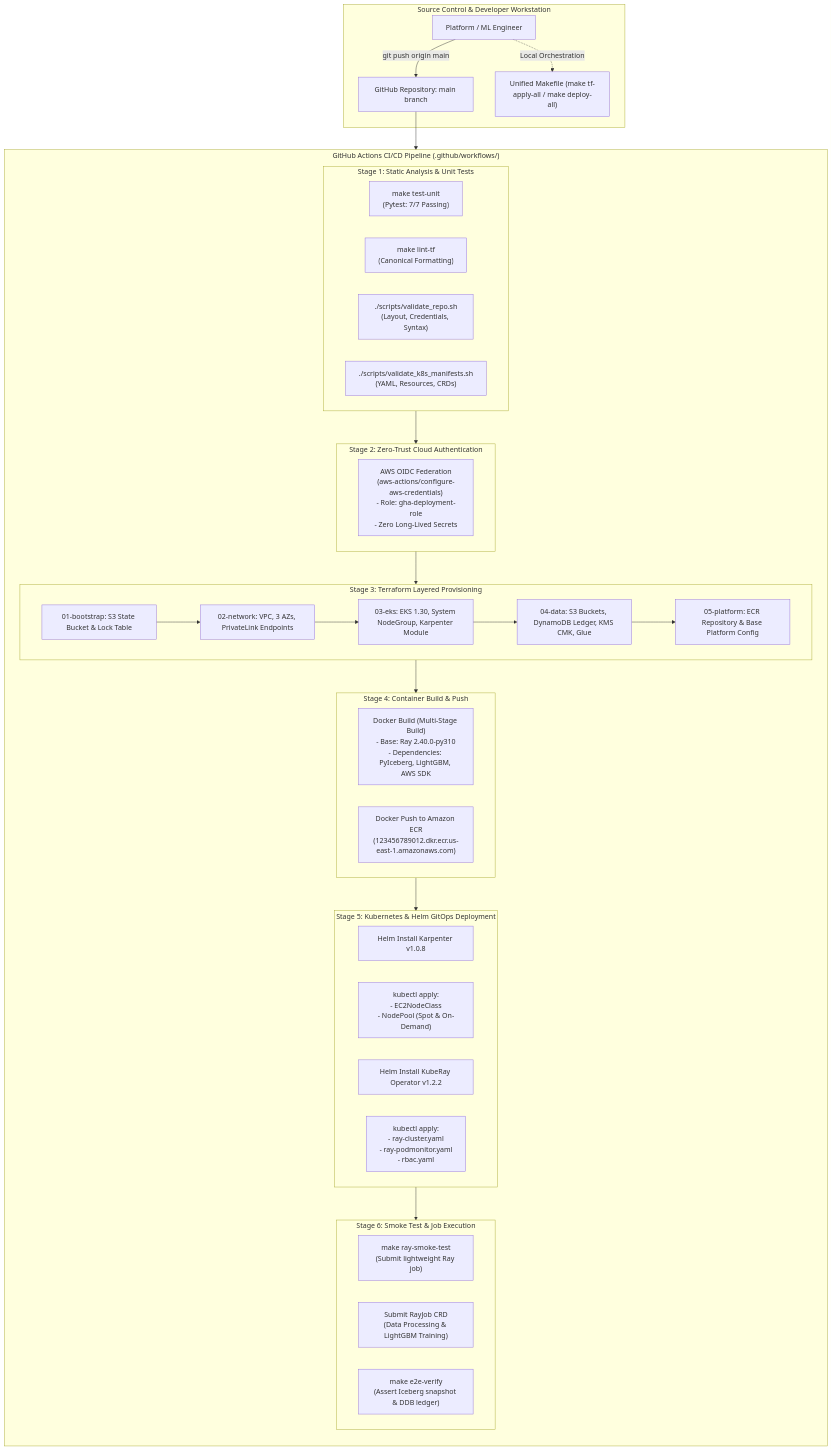
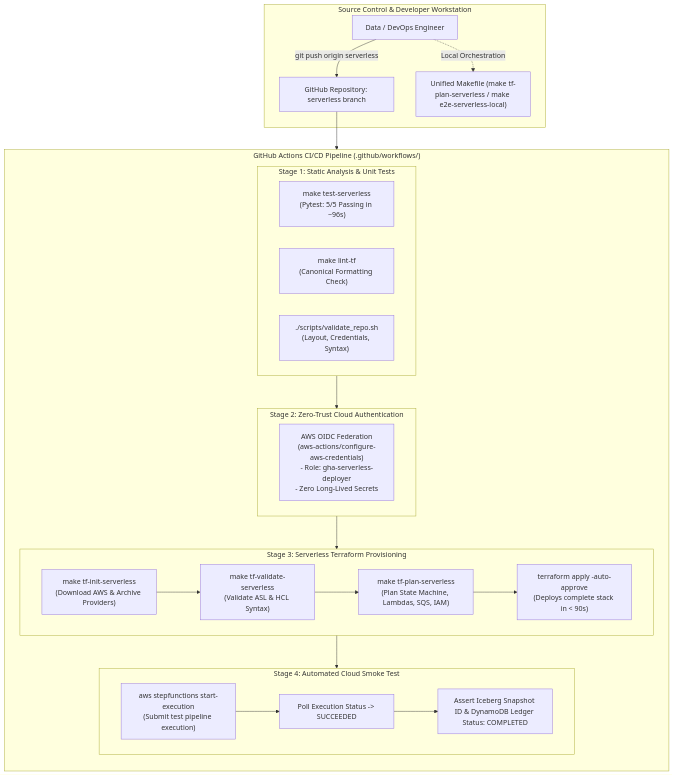
Before and after one commit to jashkv/ray-platform: the diagram in ray-ai-platform/docs/mermaid/10-cicd-deployment.md, drawn with Mermaid. The commit also changed other lines of this file and 34 other files, not shown here.

Commit message:
docs(serverless): completely align all documentation, diagrams, runbooks, and test configs with the AWS Serverless Platform architecture

````diff
--- a/ray-ai-platform/docs/mermaid/10-cicd-deployment.md
+++ b/ray-ai-platform/docs/mermaid/10-cicd-deployment.md
@@ -9,61 +9,45 @@
 ```mermaid
 flowchart TD
-    %% CI/CD, GitOps & Infrastructure Lifecycle
-    subgraph Source_Control["Source Control & Developer Workstation"]
-        DEV["Platform / ML Engineer"]
-        GIT_REPO["GitHub Repository: main branch"]
-        MAKEFILE["Unified Makefile (make tf-apply-all / make deploy-all)"]
+    %% Serverless CI/CD Pipeline & GitOps Deployment Lifecycle
+    subgraph SourceControl["Source Control & Developer Workstation"]
+        DEV["Data / DevOps Engineer"]
+        GIT_REPO["GitHub Repository: serverless branch"]
+        MAKEFILE["Unified Makefile (make tf-plan-serverless / make e2e-serverless-local)"]
     end
 
     subgraph GHA_Workflow["GitHub Actions CI/CD Pipeline (.github/workflows/)"]
         direction TB
 
         subgraph Stage_Lint["Stage 1: Static Analysis & Unit Tests"]
-            TEST_UNIT["make test-unit\n(Pytest: 7/7 Passing)"]
-            TF_LINT["make lint-tf\n(Canonical Formatting)"]
+            TEST_UNIT["make test-serverless\n(Pytest: 5/5 Passing in ~96s)"]
+            TF_LINT["make lint-tf\n(Canonical Formatting Check)"]
             REPO_VAL["./scripts/validate_repo.sh\n(Layout, Credentials, Syntax)"]
-            K8S_VAL["./scripts/validate_k8s_manifests.sh\n(YAML, Resources, CRDs)"]
         end
 
         subgraph Stage_Auth["Stage 2: Zero-Trust Cloud Authentication"]
-            GHA_STS["AWS OIDC Federation\n(aws-actions/configure-aws-credentials)\n- Role: gha-deployment-role\n- Zero Long-Lived Secrets"]
+            GHA_STS["AWS OIDC Federation\n(aws-actions/configure-aws-credentials)\n- Role: gha-serverless-deployer\n- Zero Long-Lived Secrets"]
         end
 
-        subgraph Stage_Terraform["Stage 3: Terraform Layered Provisioning"]
-            TF_BOOT["01-bootstrap: S3 State Bucket & Lock Table"]
-            TF_NET["02-network: VPC, 3 AZs, PrivateLink Endpoints"]
-            TF_EKS["03-eks: EKS 1.30, System NodeGroup, Karpenter Module"]
-            TF_DATA["04-data: S3 Buckets, DynamoDB Ledger, KMS CMK, Glue"]
-            TF_PLAT["05-platform: ECR Repository & Base Platform Config"]
-            TF_BOOT --> TF_NET --> TF_EKS --> TF_DATA --> TF_PLAT
+        subgraph Stage_Terraform["Stage 3: Serverless Terraform Provisioning"]
+            TF_INIT["make tf-init-serverless\n(Download AWS & Archive Providers)"]
+            TF_VAL["make tf-validate-serverless\n(Validate ASL & HCL Syntax)"]
+            TF_PLAN["make tf-plan-serverless\n(Plan State Machine, Lambdas, SQS, IAM)"]
+            TF_APPLY["terraform apply -auto-approve\n(Deploys complete stack in < 90s)"]
+            TF_INIT --> TF_VAL --> TF_PLAN --> TF_APPLY
         end
 
-        subgraph Stage_Docker["Stage 4: Container Build & Push"]
-            DOCKER_BUILD["Docker Build (Multi-Stage Build)\n- Base: Ray 2.40.0-py310\n- Dependencies: PyIceberg, LightGBM, AWS SDK"]
-            ECR_PUSH["Docker Push to Amazon ECR\n(123456789012.dkr.ecr.us-east-1.amazonaws.com)"]
-        end
-
-        subgraph Stage_K8s["Stage 5: Kubernetes & Helm GitOps Deployment"]
-            HELM_KARP["Helm Install Karpenter v1.0.8"]
-            APPLY_CRDS["kubectl apply:\n- EC2NodeClass\n- NodePool (Spot & On-Demand)"]
-            HELM_KUBERAY["Helm Install KubeRay Operator v1.2.2"]
-            APPLY_RAYCLUSTER["kubectl apply:\n- ray-cluster.yaml\n- ray-podmonitor.yaml\n- rbac.yaml"]
-        end
-
-        subgraph Stage_Verification["Stage 6: Smoke Test & Job Execution"]
-            SMOKE_TEST["make ray-smoke-test\n(Submit lightweight Ray job)"]
-            JOB_SUBMIT["Submit RayJob CRD\n(Data Processing & LightGBM Training)"]
-            E2E_VERIFY["make e2e-verify\n(Assert Iceberg snapshot & DDB ledger)"]
+        subgraph Stage_Verification["Stage 4: Automated Cloud Smoke Test"]
+            TRIGGER_SFN["aws stepfunctions start-execution\n(Submit test pipeline execution)"]
+            POLL_EXEC["Poll Execution Status -> SUCCEEDED"]
+            ASSERT_OUTPUTS["Assert Iceberg Snapshot ID & DynamoDB Ledger Status: COMPLETED"]
+            TRIGGER_SFN --> POLL_EXEC --> ASSERT_OUTPUTS
         end
     end
 
-    %% Wiring
-    DEV -->|"git push origin main"| GIT_REPO
+    DEV -->|"git push origin serverless"| GIT_REPO
     DEV -.->|"Local Orchestration"| MAKEFILE
     GIT_REPO --> Stage_Lint
     Stage_Lint --> Stage_Auth
     Stage_Auth --> Stage_Terraform
-    Stage_Terraform --> Stage_Docker
-    Stage_Docker --> Stage_K8s
-    Stage_K8s --> Stage_Verification
+    Stage_Terraform --> Stage_Verification
 ```
````
